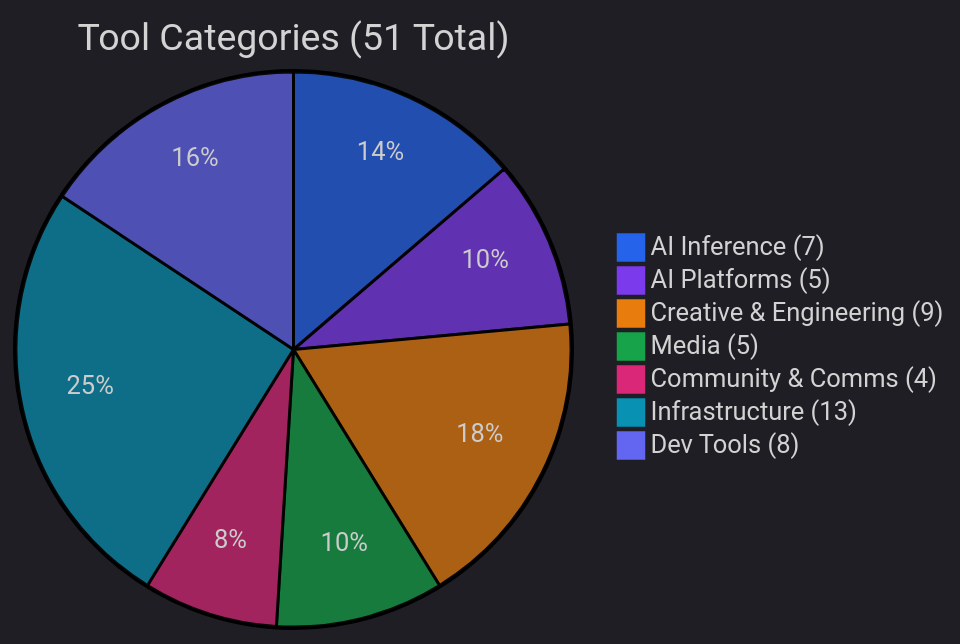
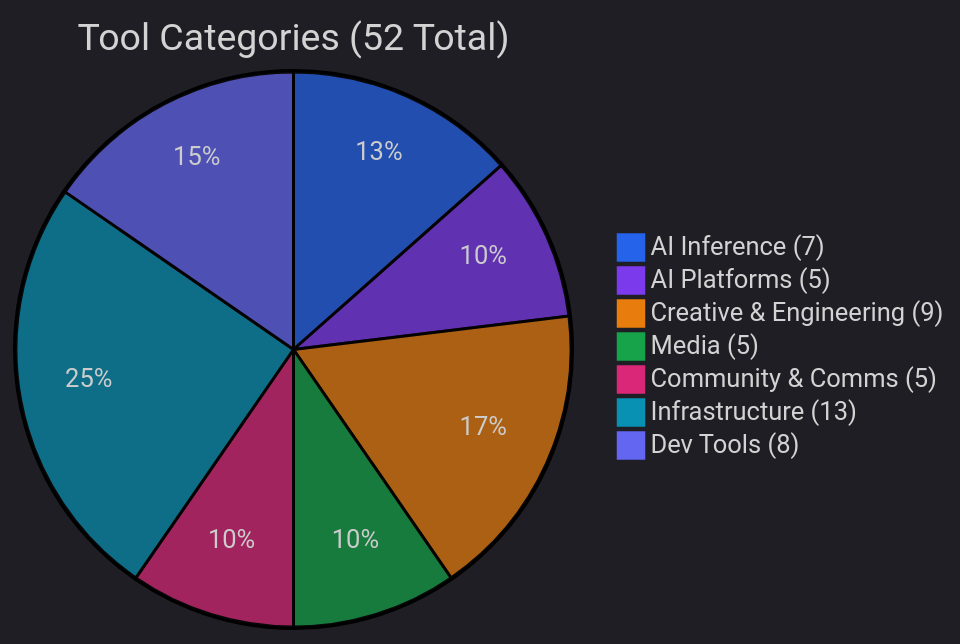
The diagram in docs/TOOLS.md (mvalancy/val-ark), drawn with Mermaid before and after one commit. The commit also changed other lines of this file and 50 other files, not shown here.

````diff
--- a/docs/TOOLS.md
+++ b/docs/TOOLS.md
@@ -12,11 +12,11 @@
 ```mermaid
 %%{init: {'theme': 'dark', 'themeVariables': {'pie1': '#2563eb', 'pie2': '#7c3aed', 'pie3': '#e87d0d', 'pie4': '#16a34a', 'pie5': '#db2777', 'pie6': '#0891b2', 'pie7': '#6366f1'}}}%%
-pie title Tool Categories (51 Total)
+pie title Tool Categories (52 Total)
     "AI Inference (7)" : 7
     "AI Platforms (5)" : 5
     "Creative & Engineering (9)" : 9
     "Media (5)" : 5
-    "Community & Comms (4)" : 4
+    "Community & Comms (5)" : 5
     "Infrastructure (13)" : 13
     "Dev Tools (8)" : 8
 ```
````
